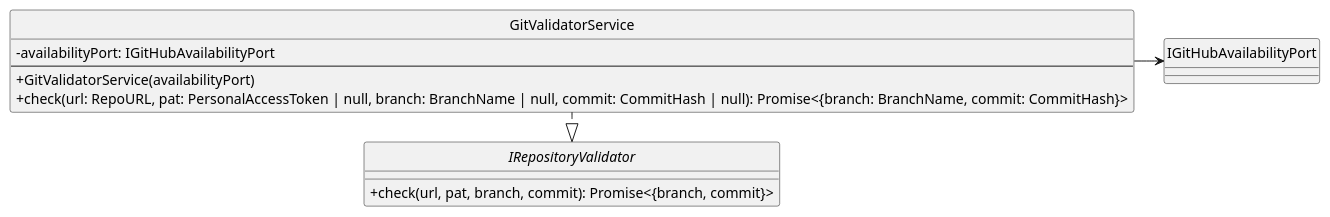
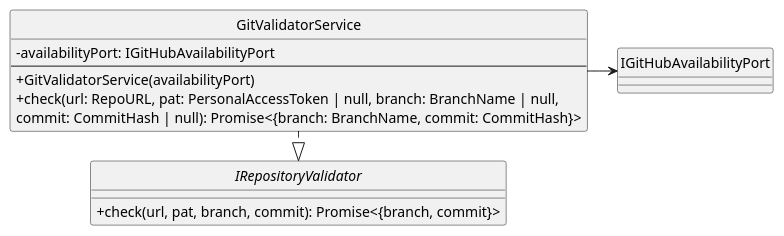
One commit to SkarabGroup/DocumentazioneProgetto changed the diagram in assets/st_diagrams/code/plantuml/analysis/application/services/gitValidator.as.plantuml. Above: the diagram before and after it, drawn with PlantUML. The commit also changed 45 other files, not shown here.

```diff
--- a/assets/st_diagrams/code/plantuml/analysis/application/services/gitValidator.as.plantuml
+++ b/assets/st_diagrams/code/plantuml/analysis/application/services/gitValidator.as.plantuml
@@ -1,22 +1,23 @@
 @startuml GitValidatorService
 skinparam componentStyle uml2.5
 skinparam linetype ortho
 skinparam nodesep 30
 skinparam ranksep 30
 skinparam ClassAttributeIconSize 0
 hide circles
 
 interface IRepositoryValidator {
     + check(url, pat, branch, commit): Promise<{branch, commit}>
 }
 
 class GitValidatorService {
     - availabilityPort: IGitHubAvailabilityPort
     ---
     + GitValidatorService(availabilityPort)
-    + check(url: RepoURL, pat: PersonalAccessToken | null, branch: BranchName | null, commit: CommitHash | null): Promise<{branch: BranchName, commit: CommitHash}>
+    + check(url: RepoURL, pat: PersonalAccessToken | null, branch: BranchName | null, 
+    commit: CommitHash | null): Promise<{branch: BranchName, commit: CommitHash}>
 }
 
 GitValidatorService ..|> IRepositoryValidator
 GitValidatorService --right-> IGitHubAvailabilityPort
 @enduml
```
